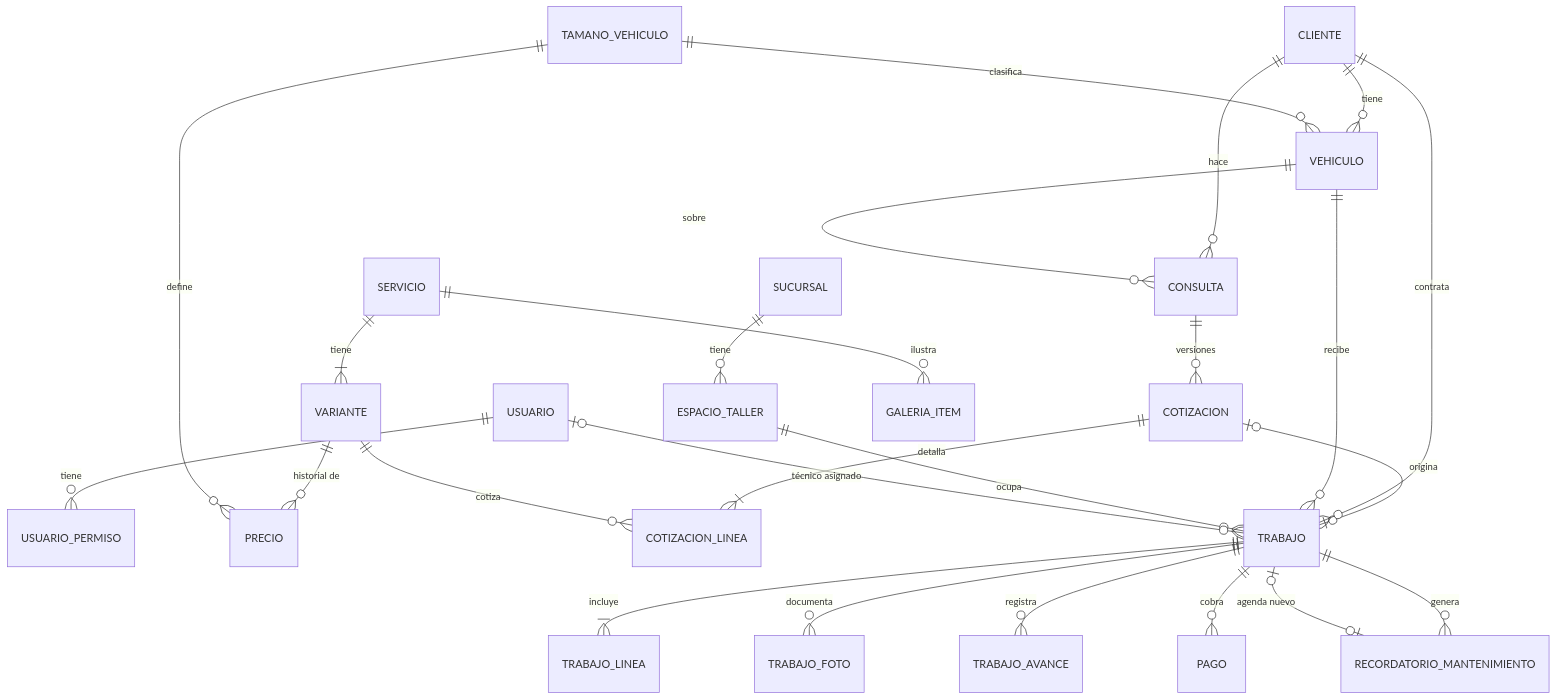
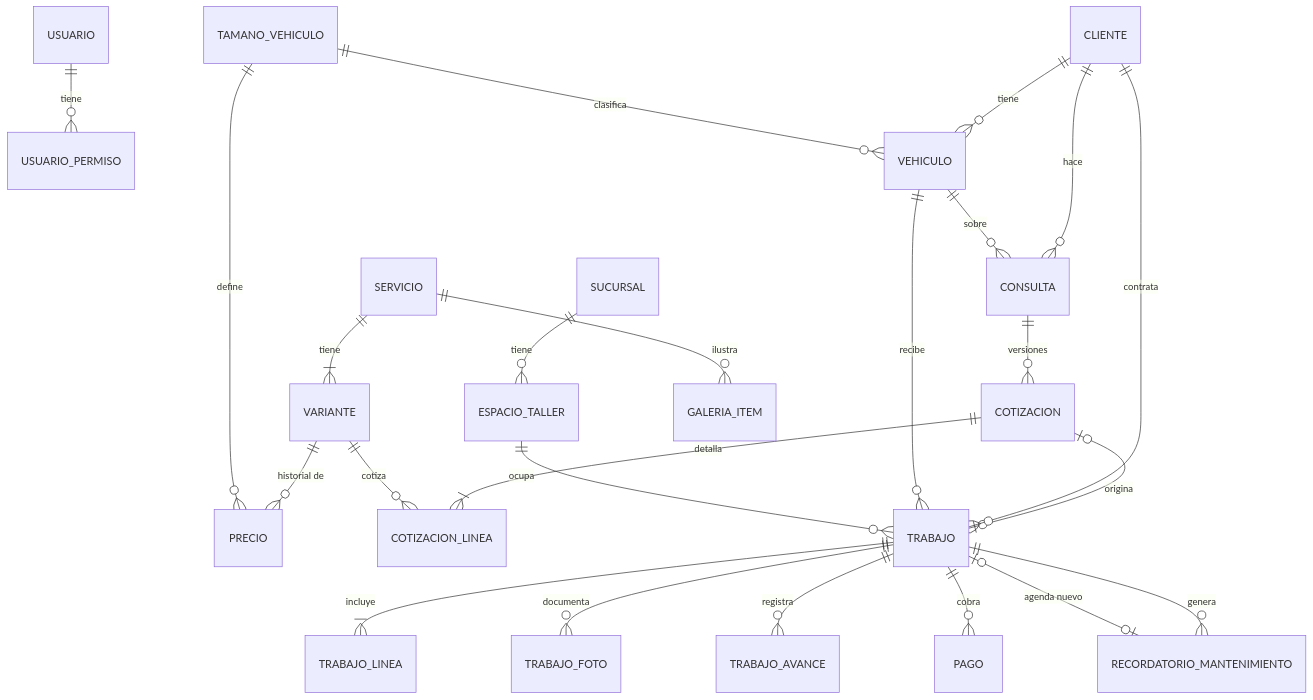
The diagram in docs/06-diseno/modelo-de-datos/modelo-de-datos.md (albertoamas/toctar), drawn with Mermaid before and after one commit. The commit also changed other lines of this file and 14 other files, not shown here.

First line of the commit message:
docs: dos roles y sin técnico asignado en requisitos, análisis, modelo y criterios (pedido 32)

````diff
--- a/docs/06-diseno/modelo-de-datos/modelo-de-datos.md
+++ b/docs/06-diseno/modelo-de-datos/modelo-de-datos.md
@@ -28,33 +29,32 @@
 ```mermaid
 erDiagram
     SUCURSAL ||--o{ ESPACIO_TALLER : tiene
     USUARIO ||--o{ USUARIO_PERMISO : tiene
 
     SERVICIO ||--|{ VARIANTE : tiene
     VARIANTE ||--o{ PRECIO : "historial de"
     TAMANO_VEHICULO ||--o{ PRECIO : define
 
     CLIENTE ||--o{ VEHICULO : tiene
     TAMANO_VEHICULO ||--o{ VEHICULO : clasifica
 
     CLIENTE ||--o{ CONSULTA : hace
     VEHICULO ||--o{ CONSULTA : sobre
     CONSULTA ||--o{ COTIZACION : "versiones"
     COTIZACION ||--|{ COTIZACION_LINEA : detalla
     VARIANTE ||--o{ COTIZACION_LINEA : cotiza
 
     COTIZACION |o--o| TRABAJO : origina
     CLIENTE ||--o{ TRABAJO : contrata
     VEHICULO ||--o{ TRABAJO : recibe
     ESPACIO_TALLER ||--o{ TRABAJO : ocupa
-    USUARIO |o--o{ TRABAJO : "técnico asignado"
     TRABAJO ||--|{ TRABAJO_LINEA : incluye
     TRABAJO ||--o{ TRABAJO_FOTO : documenta
     TRABAJO ||--o{ TRABAJO_AVANCE : registra
     TRABAJO ||--o{ PAGO : cobra
 
     TRABAJO ||--o{ RECORDATORIO_MANTENIMIENTO : genera
     RECORDATORIO_MANTENIMIENTO |o--o| TRABAJO : "agenda nuevo"
 
     SERVICIO ||--o{ GALERIA_ITEM : ilustra
 ```
````
